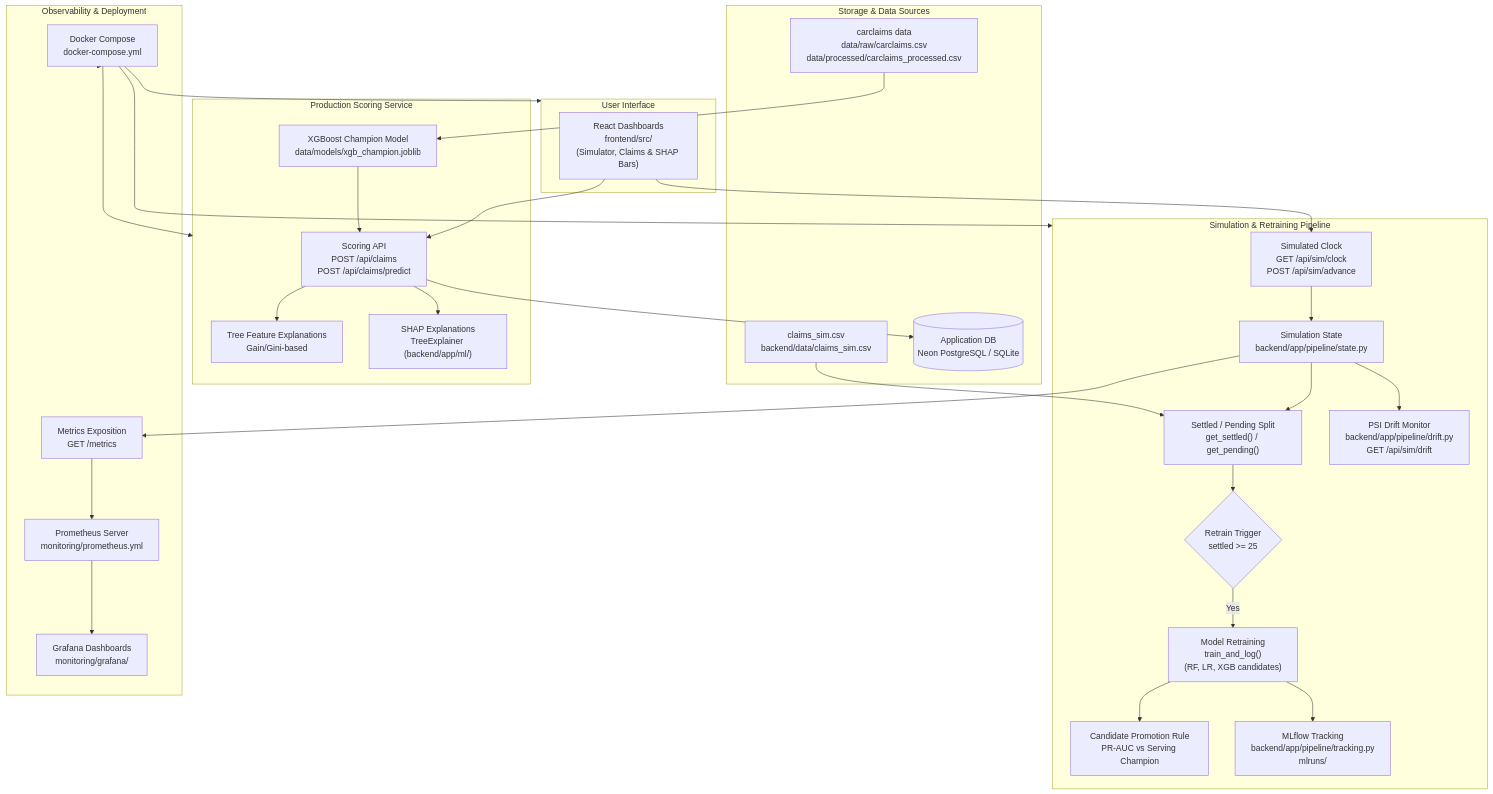
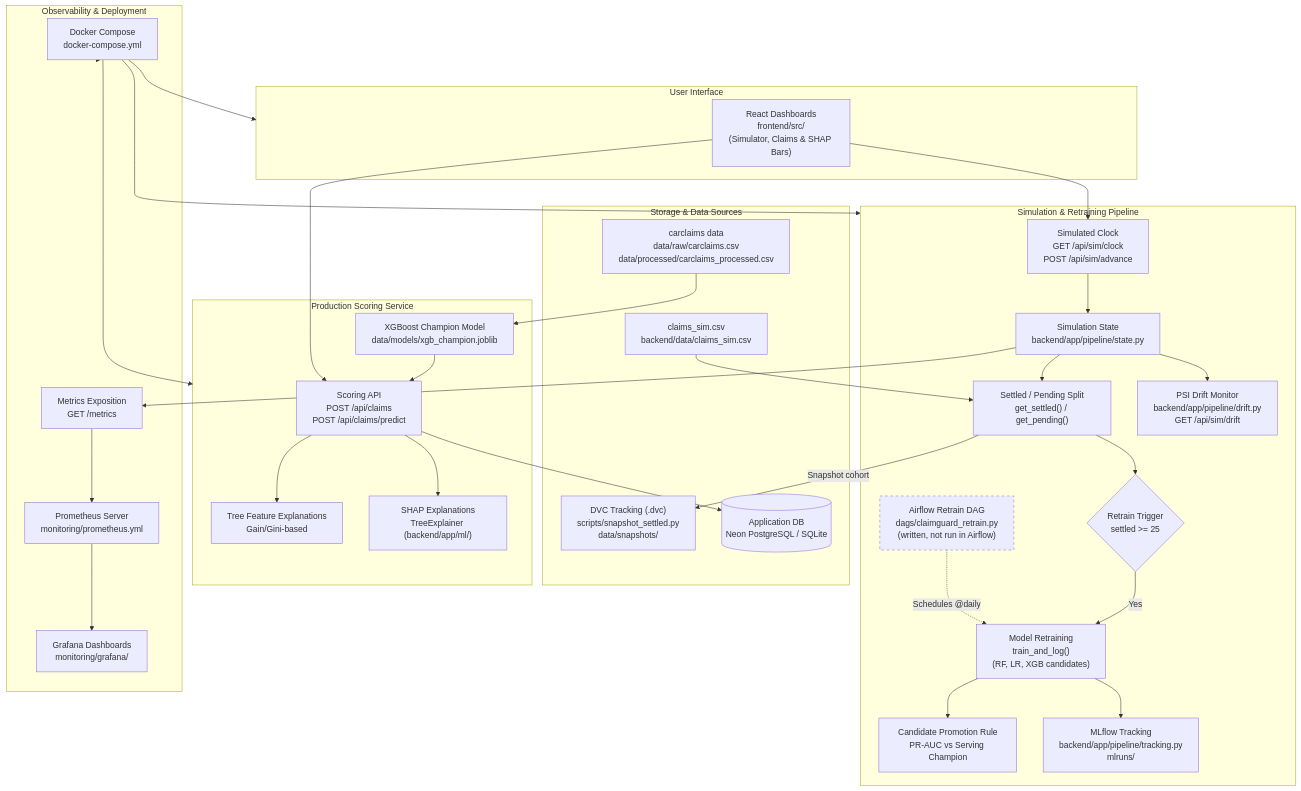
One commit to Gauravi06/ClaimGuard changed the first of 2 diagrams in docs/ARCHITECTURE.md. Above: the diagram before and after it, drawn with Mermaid. The commit also changed other lines of this file and 2 other files, not shown here.

Commit message:
docs: final README, progress and architecture refresh

````diff
--- a/docs/ARCHITECTURE.md
+++ b/docs/ARCHITECTURE.md
@@ -9,63 +9,70 @@
 ```mermaid
 flowchart TD
+    classDef planned stroke-dasharray: 5 5;
 
     subgraph Storage ["Storage & Data Sources"]
         CarClaimsData["carclaims data<br/>data/raw/carclaims.csv<br/>data/processed/carclaims_processed.csv"]
         SimClaimsCSV["claims_sim.csv<br/>backend/data/claims_sim.csv"]
+        DVCData["DVC Tracking (.dvc)<br/>scripts/snapshot_settled.py<br/>data/snapshots/"]
         AppDatabase[("Application DB<br/>Neon PostgreSQL / SQLite")]
     end
 
     subgraph ProdScoring ["Production Scoring Service"]
         ScoringAPI["Scoring API<br/>POST /api/claims<br/>POST /api/claims/predict"]
         XGBChampion["XGBoost Champion Model<br/>data/models/xgb_champion.joblib"]
         GiniExplain["Tree Feature Explanations<br/>Gain/Gini-based"]
         SHAPExplain["SHAP Explanations<br/>TreeExplainer (backend/app/ml/)"]
     end
 
     subgraph SimPipeline ["Simulation & Retraining Pipeline"]
         SimClock["Simulated Clock<br/>GET /api/sim/clock<br/>POST /api/sim/advance"]
         StateHolder["Simulation State<br/>backend/app/pipeline/state.py"]
         SplitLogic["Settled / Pending Split<br/>get_settled() / get_pending()"]
         RetrainTrigger{"Retrain Trigger<br/>settled >= 25"}
         TrainPipeline["Model Retraining<br/>train_and_log()<br/>(RF, LR, XGB candidates)"]
         PromotionRule["Candidate Promotion Rule<br/>PR-AUC vs Serving Champion"]
         DriftCheck["PSI Drift Monitor<br/>backend/app/pipeline/drift.py<br/>GET /api/sim/drift"]
         MLflowTracking["MLflow Tracking<br/>backend/app/pipeline/tracking.py<br/>mlruns/"]
+        AirflowDAG["Airflow Retrain DAG<br/>dags/claimguard_retrain.py<br/>(written, not run in Airflow)"]
     end
 
     subgraph Observability ["Observability & Deployment"]
         MetricsRoute["Metrics Exposition<br/>GET /metrics"]
         PrometheusServer["Prometheus Server<br/>monitoring/prometheus.yml"]
         GrafanaDash["Grafana Dashboards<br/>monitoring/grafana/"]
         DockerCompose["Docker Compose<br/>docker-compose.yml"]
     end
 
     subgraph FrontendUI ["User Interface"]
         ReactDashboard["React Dashboards<br/>frontend/src/<br/>(Simulator, Claims & SHAP Bars)"]
     end
 
     CarClaimsData --> XGBChampion
     XGBChampion --> ScoringAPI
     ScoringAPI --> GiniExplain
     ScoringAPI --> SHAPExplain
     ScoringAPI --> AppDatabase
 
     SimClaimsCSV --> SplitLogic
+    SplitLogic -->|Snapshot cohort| DVCData
     ReactDashboard --> SimClock
     ReactDashboard --> ScoringAPI
     SimClock --> StateHolder
     StateHolder --> SplitLogic
     SplitLogic --> RetrainTrigger
     RetrainTrigger -->|Yes| TrainPipeline
     TrainPipeline --> PromotionRule
     TrainPipeline --> MLflowTracking
+    AirflowDAG -.->|Schedules @daily| TrainPipeline
     StateHolder --> DriftCheck
     StateHolder --> MetricsRoute
     MetricsRoute --> PrometheusServer
     PrometheusServer --> GrafanaDash
 
     DockerCompose --> ProdScoring
     DockerCompose --> SimPipeline
     DockerCompose --> Observability
     DockerCompose --> FrontendUI
+
+    class AirflowDAG planned;
 ```
````
